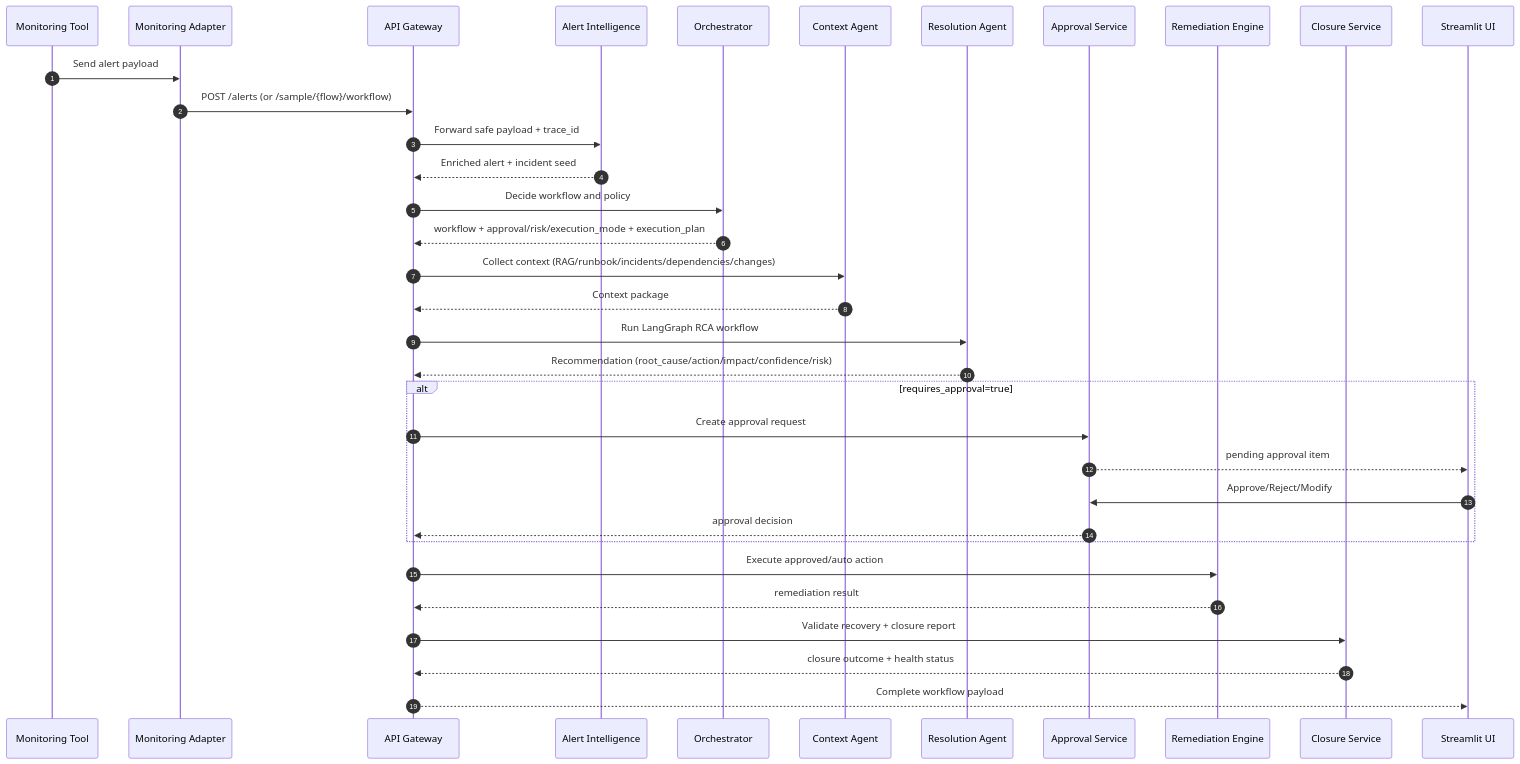
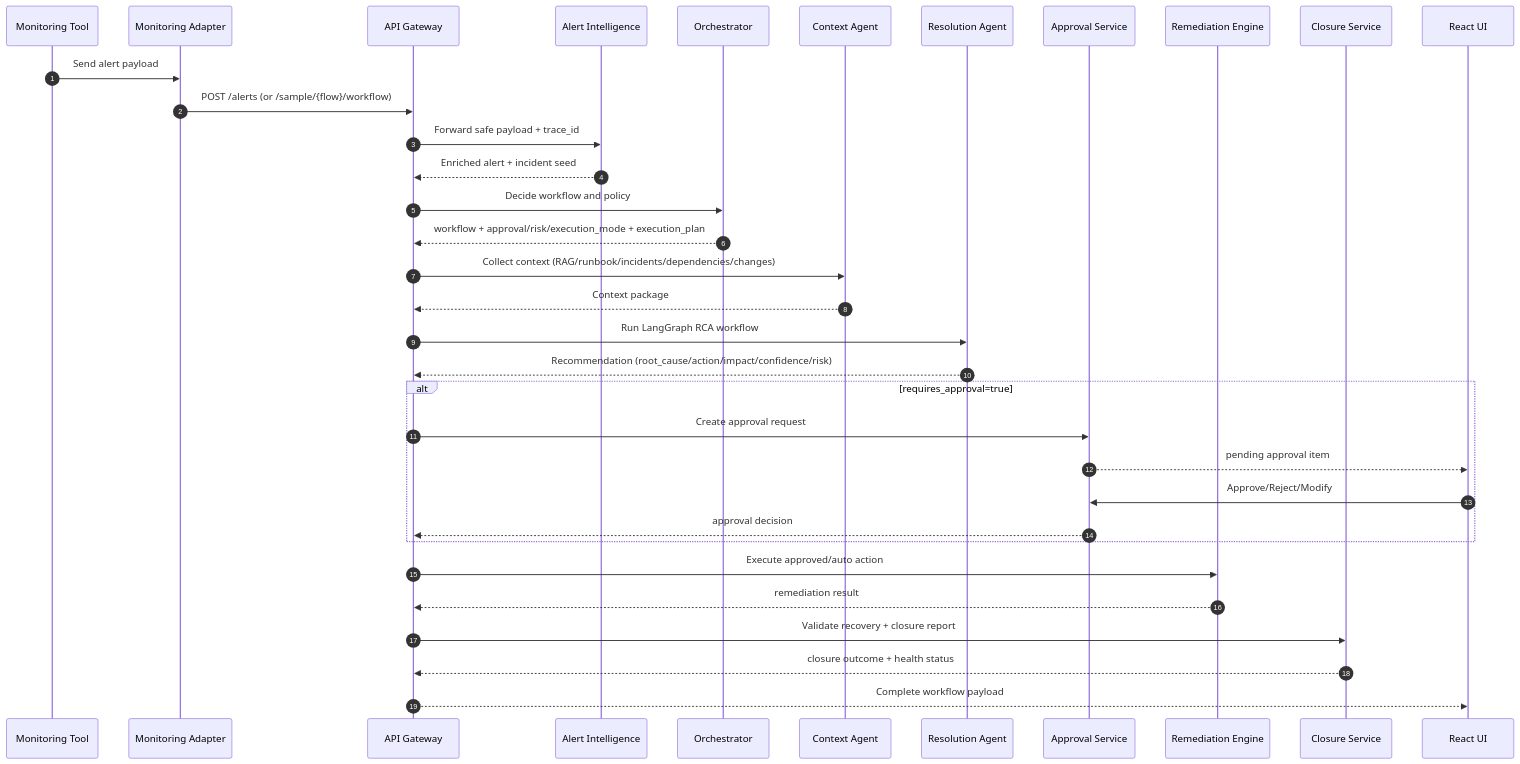
The second of 2 diagrams in docs/COMPLETE_APPLICATION_FLOW.md (aratij1/kaiops_pubsub), drawn with Mermaid before and after one commit. The commit also changed other lines of this file and 13 other files, not shown here.

````diff
--- a/docs/COMPLETE_APPLICATION_FLOW.md
+++ b/docs/COMPLETE_APPLICATION_FLOW.md
@@ -29,39 +29,39 @@
 ```mermaid
 sequenceDiagram
   autonumber
   participant M as Monitoring Tool
   participant MA as Monitoring Adapter
   participant GW as API Gateway
   participant AI as Alert Intelligence
   participant OR as Orchestrator
   participant CTX as Context Agent
   participant RES as Resolution Agent
   participant AP as Approval Service
   participant REM as Remediation Engine
   participant CL as Closure Service
-  participant UI as Streamlit UI
+  participant UI as React UI
 
   M->>MA: Send alert payload
   MA->>GW: POST /alerts (or /sample/{flow}/workflow)
   GW->>AI: Forward safe payload + trace_id
   AI-->>GW: Enriched alert + incident seed
   GW->>OR: Decide workflow and policy
   OR-->>GW: workflow + approval/risk/execution_mode + execution_plan
   GW->>CTX: Collect context (RAG/runbook/incidents/dependencies/changes)
   CTX-->>GW: Context package
   GW->>RES: Run LangGraph RCA workflow
   RES-->>GW: Recommendation (root_cause/action/impact/confidence/risk)
 
   alt requires_approval=true
     GW->>AP: Create approval request
     AP-->>UI: pending approval item
     UI->>AP: Approve/Reject/Modify
     AP-->>GW: approval decision
   end
 
   GW->>REM: Execute approved/auto action
   REM-->>GW: remediation result
   GW->>CL: Validate recovery + closure report
   CL-->>GW: closure outcome + health status
   GW-->>UI: Complete workflow payload
 ```
````
